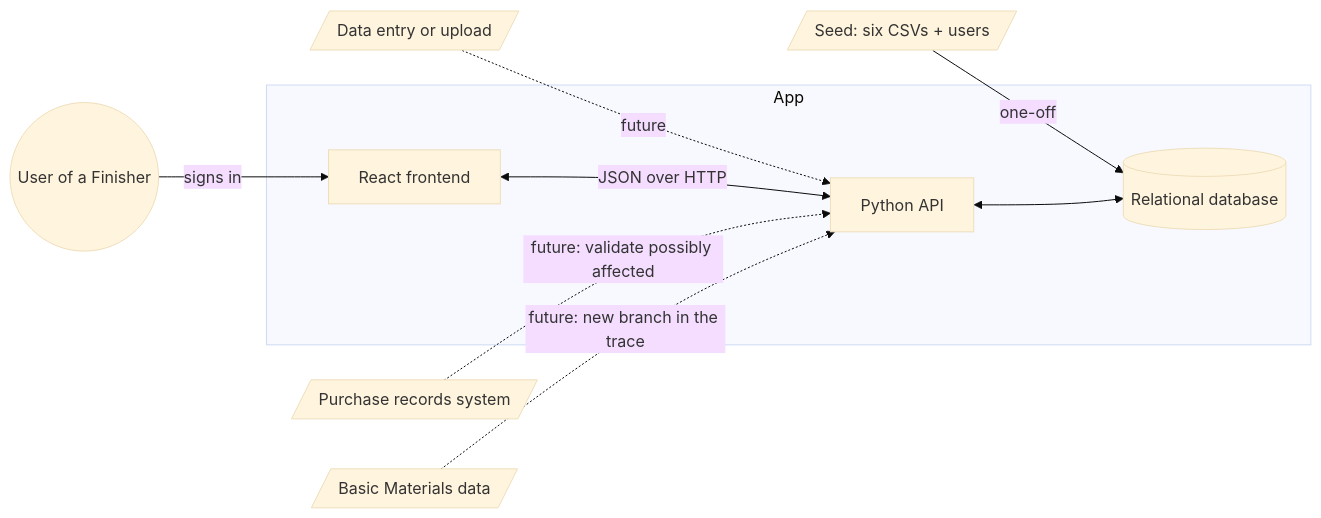
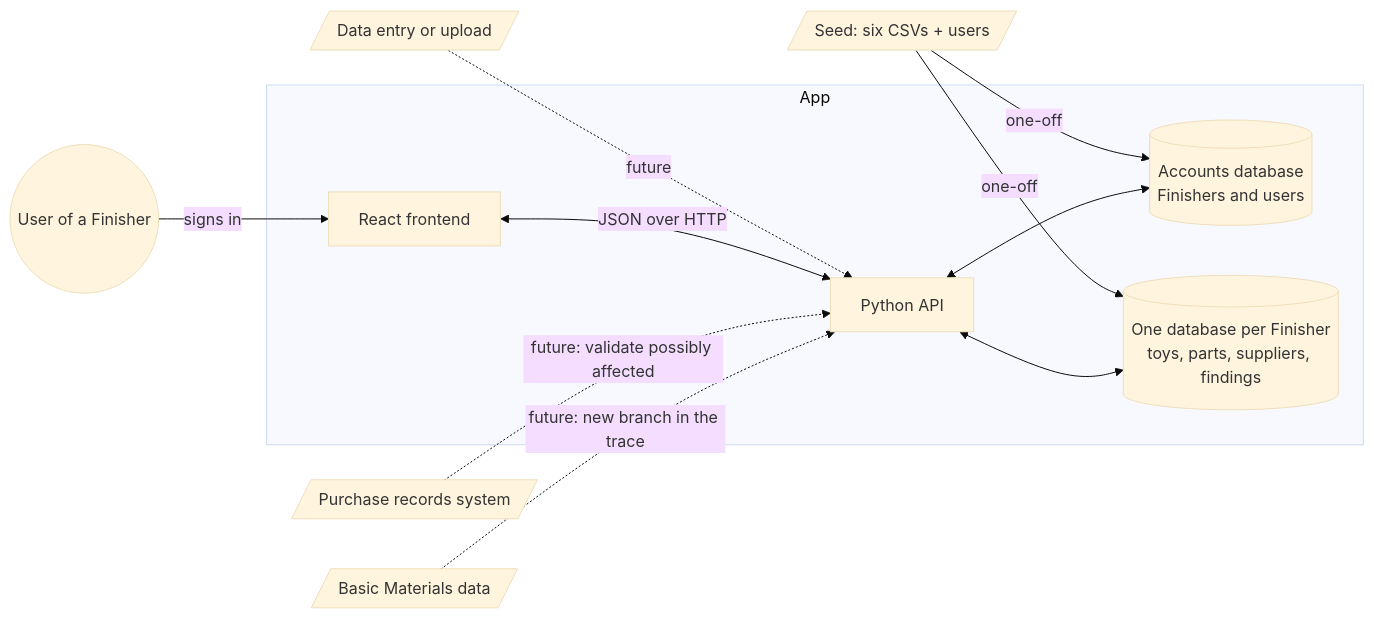
Before and after one commit to take-home-tract/FairToy: the first of 5 diagrams in docs/design.md, drawn with Mermaid (base theme). The commit also changed other lines of this file and 4 other files, not shown here.

First line of the commit message:
Docs: one database per Finisher, pre-build fixes

````diff
--- a/docs/design.md
+++ b/docs/design.md
@@ -7,12 +7,14 @@
 ```mermaid
 flowchart LR
-    SEED[/Seed: six CSVs + users/] -->|one-off| DB
+    SEED[/Seed: six CSVs + users/] -->|one-off| ACC
+    SEED -->|one-off| FDB
     IN[/Data entry or upload/] -.->|future| API
     subgraph App
         UI[React frontend] <-->|JSON over HTTP| API[Python API]
-        API <--> DB[(Relational database)]
+        API <--> ACC[(Accounts database<br/>Finishers and users)]
+        API <--> FDB[(One database per Finisher<br/>toys, parts, suppliers, findings)]
     end
     F((User of a Finisher)) -->|signs in| UI
     PR[/Purchase records system/] -.->|future: validate possibly affected| API
     BM[/Basic Materials data/] -.->|future: new branch in the trace| API
 ```
````
